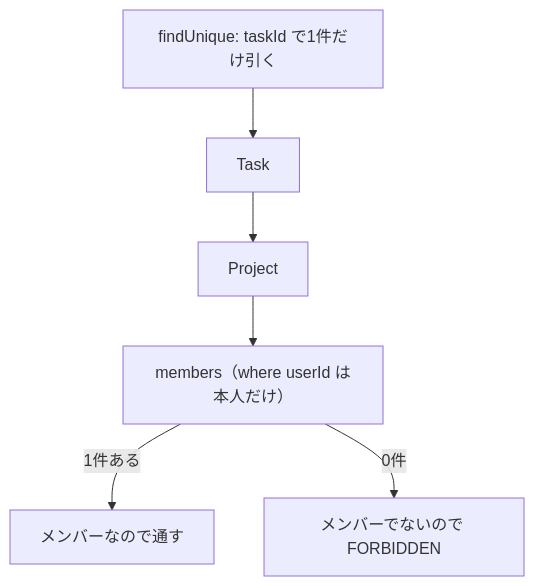
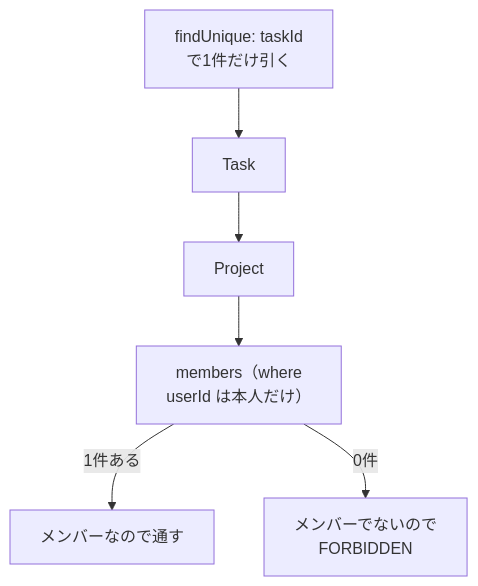
The second of 3 diagrams in material/30days-curriculum/day18_コメント投稿.md (kouiso/task-app), drawn with Mermaid before and after one commit. The commit also changed other lines of this file and 24 other files, not shown here.

First line of the commit message:
fix(material): Mermaid 図のファイル名キャプションとノード途中折れを直す (#457) (#718)

````diff
--- a/material/30days-curriculum/day18_コメント投稿.md
+++ b/material/30days-curriculum/day18_コメント投稿.md
@@ -179,8 +179,8 @@
 ```mermaid
 flowchart TB
-    Q["findUnique: taskId で1件だけ引く"] --> T["Task"]
+    Q["findUnique: taskId<br/>で1件だけ引く"] --> T["Task"]
     T --> P["Project"]
-    P --> M["members（where userId は本人だけ）"]
+    P --> M["members（where<br/>userId は本人だけ）"]
     M -->|"1件ある"| OK["メンバーなので通す"]
-    M -->|"0件"| NG["メンバーでないので FORBIDDEN"]
+    M -->|"0件"| NG["メンバーでないので<br/>FORBIDDEN"]
 ```
````
